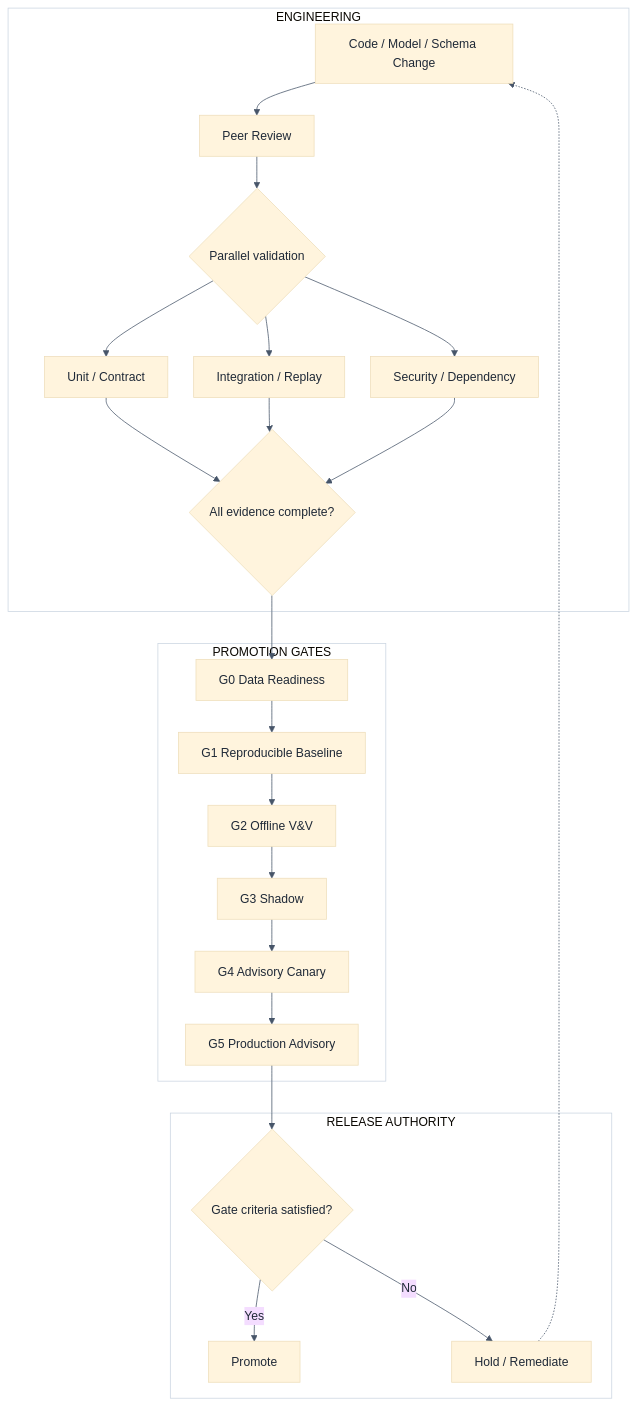
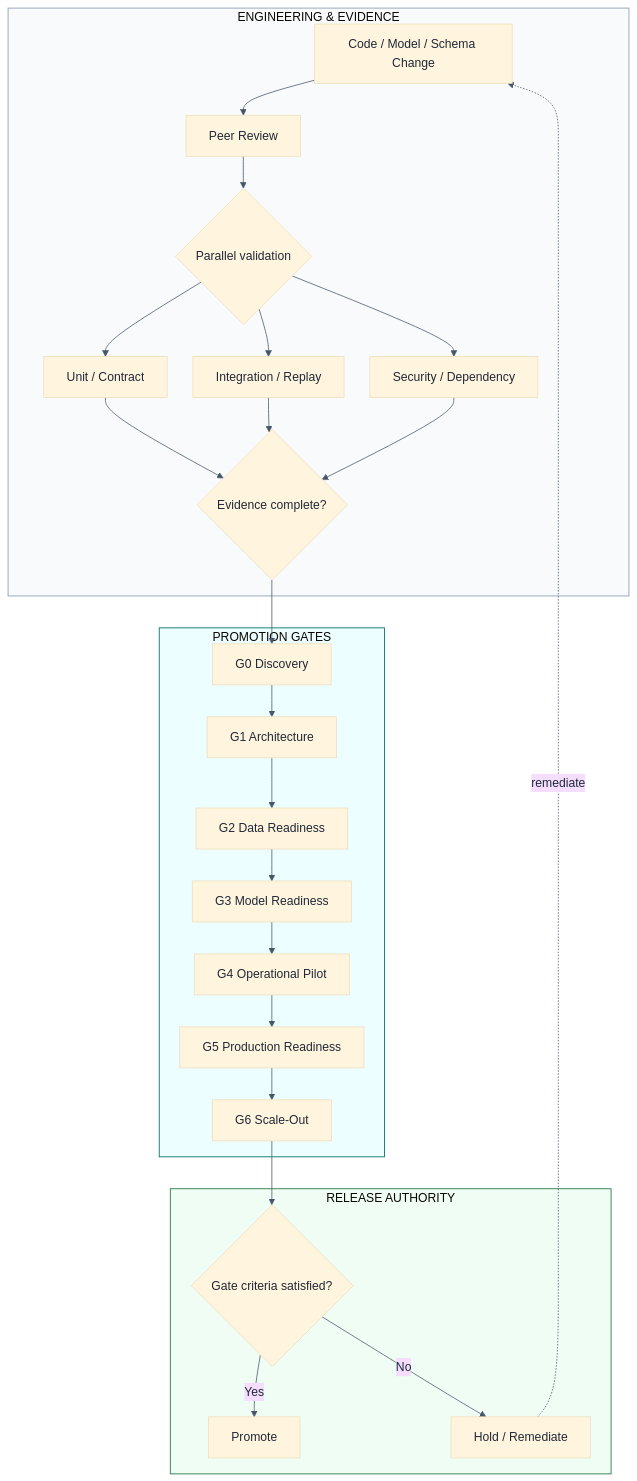
The diagram in docs/diagrams/10_release_pipeline.mmd (Douglas-Moore-Engineering/industrial-yield-quality-process-intelligence), drawn with Mermaid before and after one commit.

Commit message:
docs: standardize diagram styling for 10_release_pipeline.mmd

```diff
--- a/docs/diagrams/10_release_pipeline.mmd
+++ b/docs/diagrams/10_release_pipeline.mmd
@@ -1,20 +1,30 @@
 %%{init: {"theme":"base","flowchart":{"curve":"basis","nodeSpacing":34,"rankSpacing":42},"themeVariables":{"fontFamily":"Arial","fontSize":"16px","primaryTextColor":"#1F2937","lineColor":"#475569","clusterBkg":"#FFFFFF","clusterBorder":"#CBD5E1"}}}%%
 flowchart TB
-subgraph L1["ENGINEERING"]
+subgraph L1["ENGINEERING & EVIDENCE"]
   A["Code / Model / Schema Change"] --> B["Peer Review"] --> C{"Parallel validation"}
   C --> D["Unit / Contract"]
   C --> E["Integration / Replay"]
   C --> F["Security / Dependency"]
-  D --> G{"All evidence complete?"}
+  D --> G{"Evidence complete?"}
   E --> G
   F --> G
 end
 subgraph L2["PROMOTION GATES"]
-  G --> H["G0 Data Readiness"] --> I["G1 Reproducible Baseline"] --> J["G2 Offline V&V"] --> K["G3 Shadow"] --> L["G4 Advisory Canary"] --> M["G5 Production Advisory"]
+  G --> H["G0 Discovery"]
+  H --> I["G1 Architecture"]
+  I --> J["G2 Data Readiness"]
+  J --> K["G3 Model Readiness"]
+  K --> L["G4 Operational Pilot"]
+  L --> M["G5 Production Readiness"]
+  M --> N["G6 Scale-Out"]
 end
 subgraph L3["RELEASE AUTHORITY"]
-  M --> N{"Gate criteria satisfied?"}
-  N -->|Yes| O["Promote"]
-  N -->|No| P["Hold / Remediate"]
-  P -.-> A
+  N --> O{"Gate criteria satisfied?"}
+  O -->|Yes| P["Promote"]
+  O -->|No| Q["Hold / Remediate"]
+  Q -. "remediate" .-> A
 end
+
+style L1 fill:#F8FAFC,stroke:#94A3B8,stroke-width:1.2px
+style L2 fill:#ECFEFF,stroke:#0F766E,stroke-width:1.2px
+style L3 fill:#F0FDF4,stroke:#2F7D4C,stroke-width:1.2px
```
